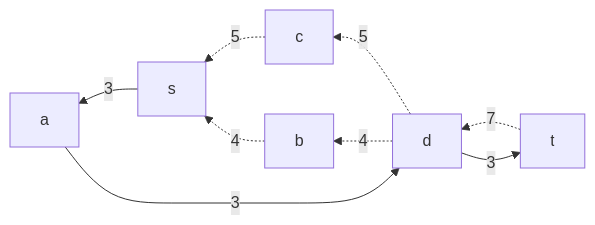
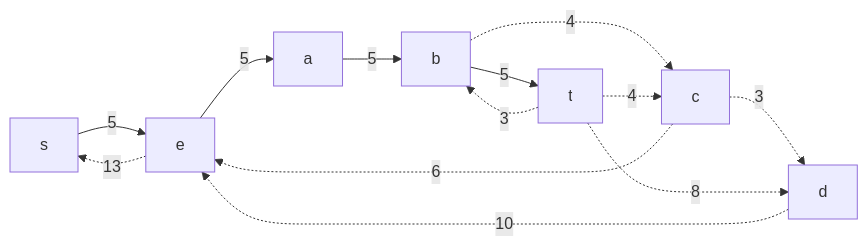
The second of 13 diagrams in task-10/pustobek.md (hse-algo-24-raven/manual-tasks-raven), drawn with Mermaid before and after one commit. The commit also changed other lines of this file, not shown here.

````diff
--- a/task-10/pustobek.md
+++ b/task-10/pustobek.md
@@ -27,6 +27,15 @@
 ```mermaid
-graph RL
-    t-.->|7|d-.->|5|c-.->|5|s
-    d-.->|4|b-.->|4|s
-    s-->|3|a-->|3|d-->|3|t
+graph LR
+    s-->|5|e
+    e-.->|13|s
+    e-->|5|a
+    c-.->|6|e
+    d-.->|10|e
+    a-->|5|b
+    b-.->|4|c
+    c-.->|3|d
+    b-->|5|t
+    t-.->|3|b
+    t-.->|4|c
+    t-.->|8|d
 ```
````
